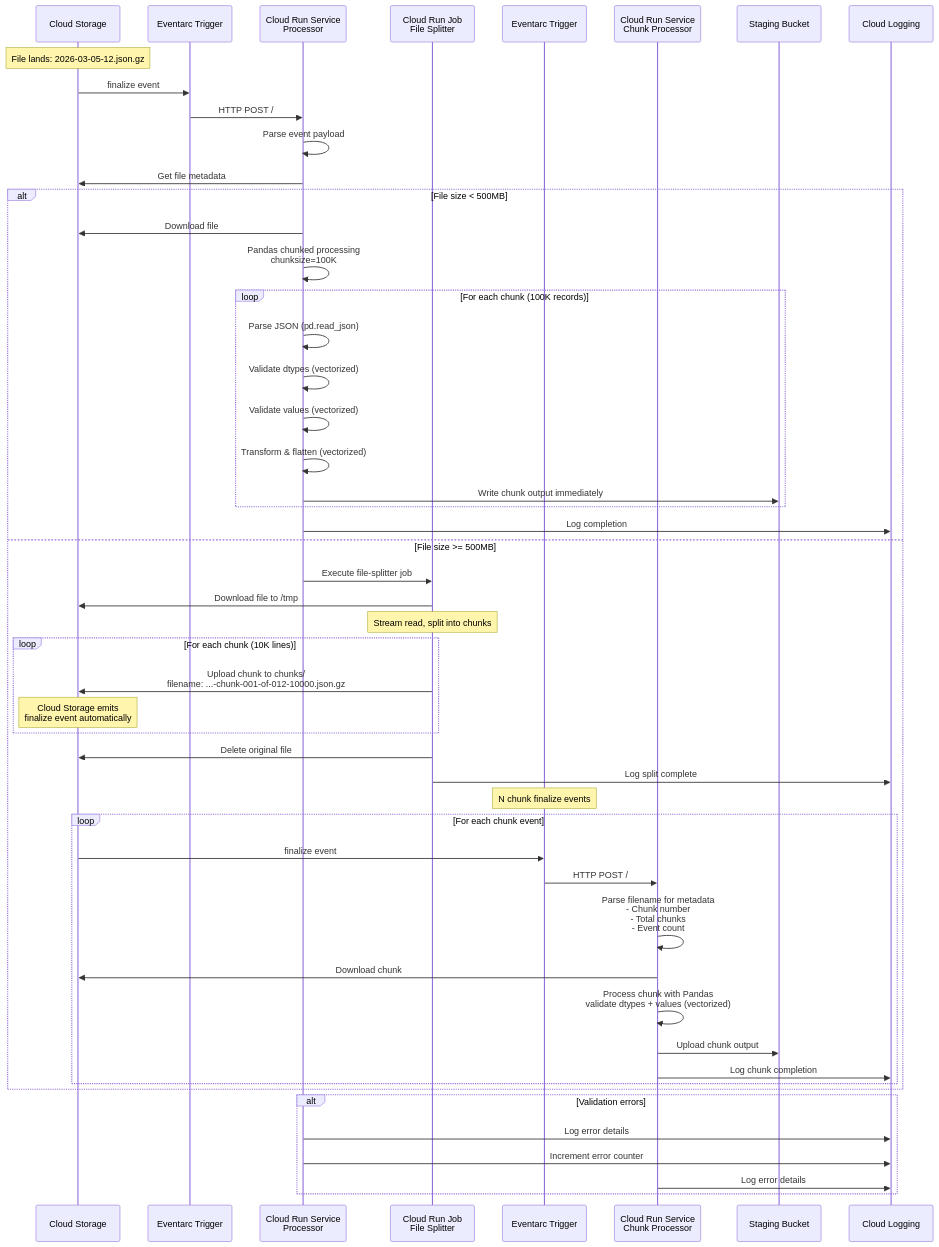
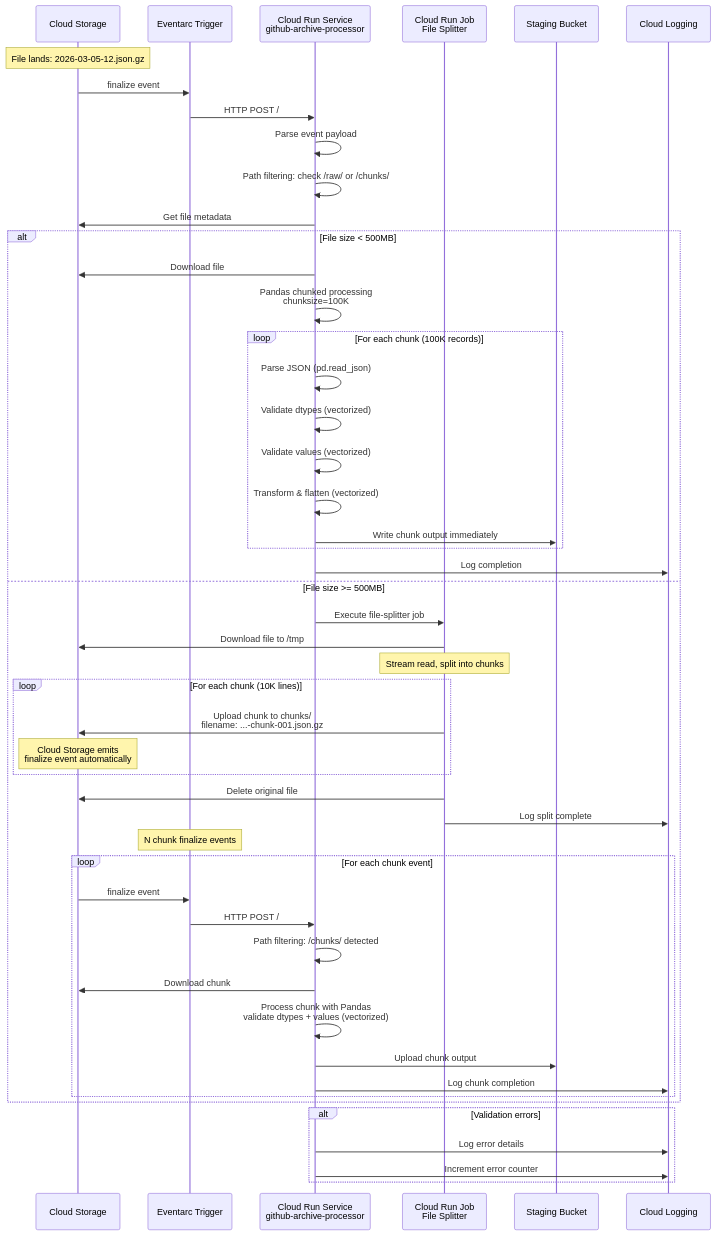
One commit to prateekpanjla-outlook/gcp_data_proc changed the diagram in design/github_archive/phase2_process_files/diagrams/07_sequence_diagram.md. Above: the diagram before and after it, drawn with Mermaid. The commit also changed other lines of this file and 52 other files, not shown here.

First line of the commit message:
feat: Phase 2 processor manual deployment and service account documentation

````diff
--- a/design/github_archive/phase2_process_files/diagrams/07_sequence_diagram.md
+++ b/design/github_archive/phase2_process_files/diagrams/07_sequence_diagram.md
@@ -3,67 +3,65 @@
 ```mermaid
 sequenceDiagram
     participant S as Cloud Storage
-    participant E1 as Eventarc Trigger #1
-    participant CRS as Cloud Run Service<br>Processor
+    participant E as Eventarc Trigger
+    participant CR as Cloud Run Service<br>github-archive-processor
     participant CRJ as Cloud Run Job<br>File Splitter
-    participant E2 as Eventarc Trigger #2
-    participant CRC as Cloud Run Service<br>Chunk Processor
     participant STG as Staging Bucket
     participant LOG as Cloud Logging
 
     Note over S: File lands: 2026-03-05-12.json.gz
-    S->>E1: finalize event
+    S->>E: finalize event
 
-    E1->>CRS: HTTP POST /
+    E->>CR: HTTP POST /
 
-    CRS->>CRS: Parse event payload
-    CRS->>S: Get file metadata
+    CR->>CR: Parse event payload
+    CR->>CR: Path filtering: check /raw/ or /chunks/
+    CR->>S: Get file metadata
 
     alt File size < 500MB
-        CRS->>S: Download file
-        CRS->>CRS: Pandas chunked processing<br>chunksize=100K
+        CR->>S: Download file
+        CR->>CR: Pandas chunked processing<br>chunksize=100K
 
         loop For each chunk (100K records)
-            CRS->>CRS: Parse JSON (pd.read_json)
-            CRS->>CRS: Validate dtypes (vectorized)
-            CRS->>CRS: Validate values (vectorized)
-            CRS->>CRS: Transform & flatten (vectorized)
-            CRS->>STG: Write chunk output immediately
+            CR->>CR: Parse JSON (pd.read_json)
+            CR->>CR: Validate dtypes (vectorized)
+            CR->>CR: Validate values (vectorized)
+            CR->>CR: Transform & flatten (vectorized)
+            CR->>STG: Write chunk output immediately
         end
 
-        CRS->>LOG: Log completion
+        CR->>LOG: Log completion
 
     else File size >= 500MB
-        CRS->>CRJ: Execute file-splitter job
+        CR->>CRJ: Execute file-splitter job
 
         CRJ->>S: Download file to /tmp
         Note over CRJ: Stream read, split into chunks
 
         loop For each chunk (10K lines)
-            CRJ->>S: Upload chunk to chunks/<br>filename: ...-chunk-001-of-012-10000.json.gz
+            CRJ->>S: Upload chunk to chunks/<br>filename: ...-chunk-001.json.gz
             Note over S: Cloud Storage emits<br>finalize event automatically
         end
 
         CRJ->>S: Delete original file
         CRJ->>LOG: Log split complete
 
-        Note over E2: N chunk finalize events
+        Note over E: N chunk finalize events
 
         loop For each chunk event
-            S->>E2: finalize event
-            E2->>CRC: HTTP POST /
+            S->>E: finalize event
+            E->>CR: HTTP POST /
 
-            CRC->>CRC: Parse filename for metadata<br>- Chunk number<br>- Total chunks<br>- Event count
-            CRC->>S: Download chunk
-            CRC->>CRC: Process chunk with Pandas<br>validate dtypes + values (vectorized)
-            CRC->>STG: Upload chunk output
-            CRC->>LOG: Log chunk completion
+            CR->>CR: Path filtering: /chunks/ detected
+            CR->>S: Download chunk
+            CR->>CR: Process chunk with Pandas<br>validate dtypes + values (vectorized)
+            CR->>STG: Upload chunk output
+            CR->>LOG: Log chunk completion
         end
     end
 
     alt Validation errors
-        CRS->>LOG: Log error details
-        CRS->>LOG: Increment error counter
-        CRC->>LOG: Log error details
+        CR->>LOG: Log error details
+        CR->>LOG: Increment error counter
     end
 ```
````
